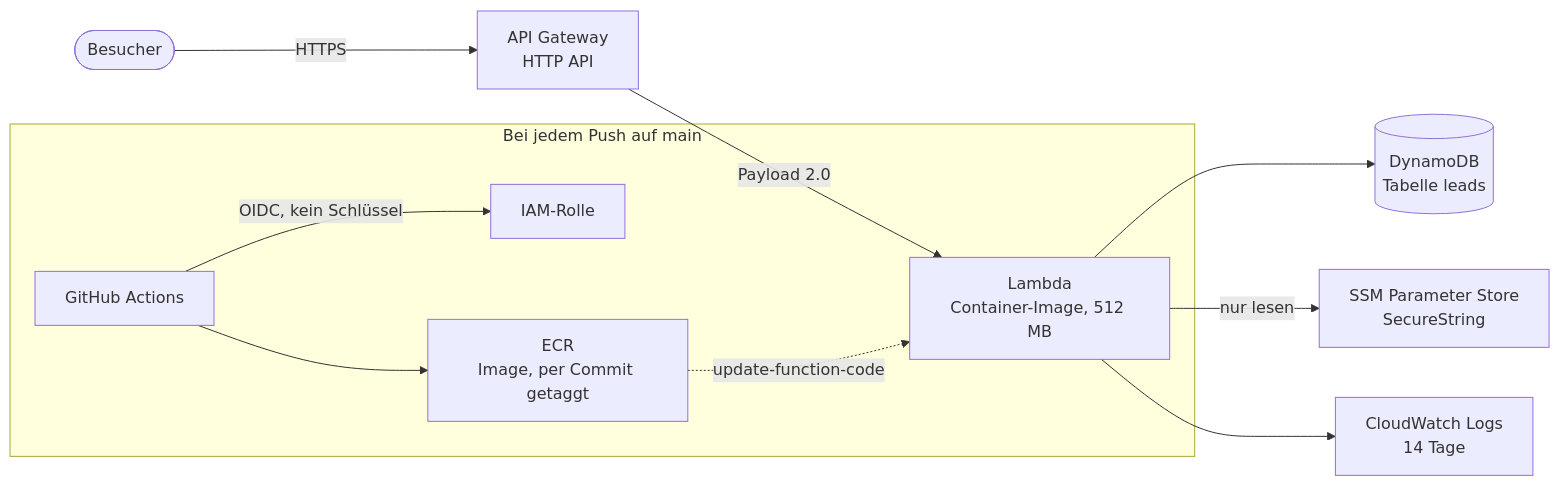
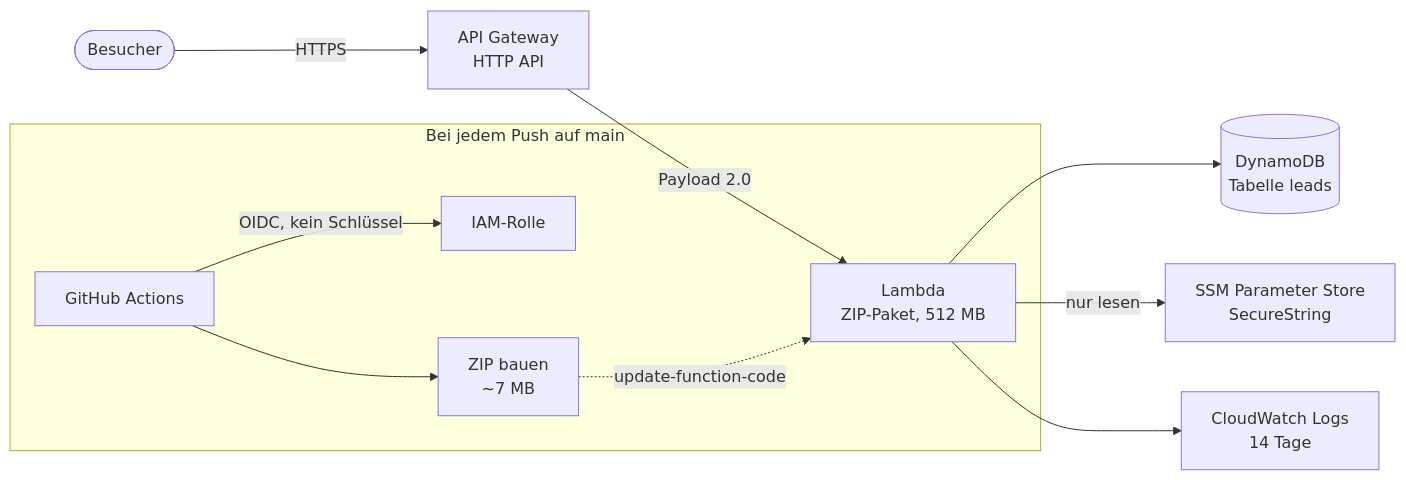
One commit to Mark1Anthony/lead-triage changed the diagram in docs/AWS-ARCHITEKTUR.md. Above: the diagram before and after it, drawn with Mermaid. The commit also changed other lines of this file and 11 other files, not shown here.

First line of the commit message:
Ship the function as a zip, not a container image

````diff
--- a/docs/AWS-ARCHITEKTUR.md
+++ b/docs/AWS-ARCHITEKTUR.md
@@ -7,14 +7,14 @@
 ```mermaid
 flowchart LR
     user([Besucher]) -->|HTTPS| agw["API Gateway<br/>HTTP API"]
-    agw -->|"Payload 2.0"| fn["Lambda<br/>Container-Image, 512 MB"]
+    agw -->|"Payload 2.0"| fn["Lambda<br/>ZIP-Paket, 512 MB"]
     fn --> ddb[("DynamoDB<br/>Tabelle leads")]
     fn -->|"nur lesen"| ssm["SSM Parameter Store<br/>SecureString"]
     fn --> logs["CloudWatch Logs<br/>14 Tage"]
 
     subgraph deploy["Bei jedem Push auf main"]
         gha["GitHub Actions"] -->|"OIDC, kein Schlüssel"| role["IAM-Rolle"]
-        gha --> ecr["ECR<br/>Image, per Commit getaggt"]
-        ecr -.->|"update-function-code"| fn
+        gha --> pkg["ZIP bauen<br/>~7 MB"]
+        pkg -.->|"update-function-code"| fn
     end
 ```
````
